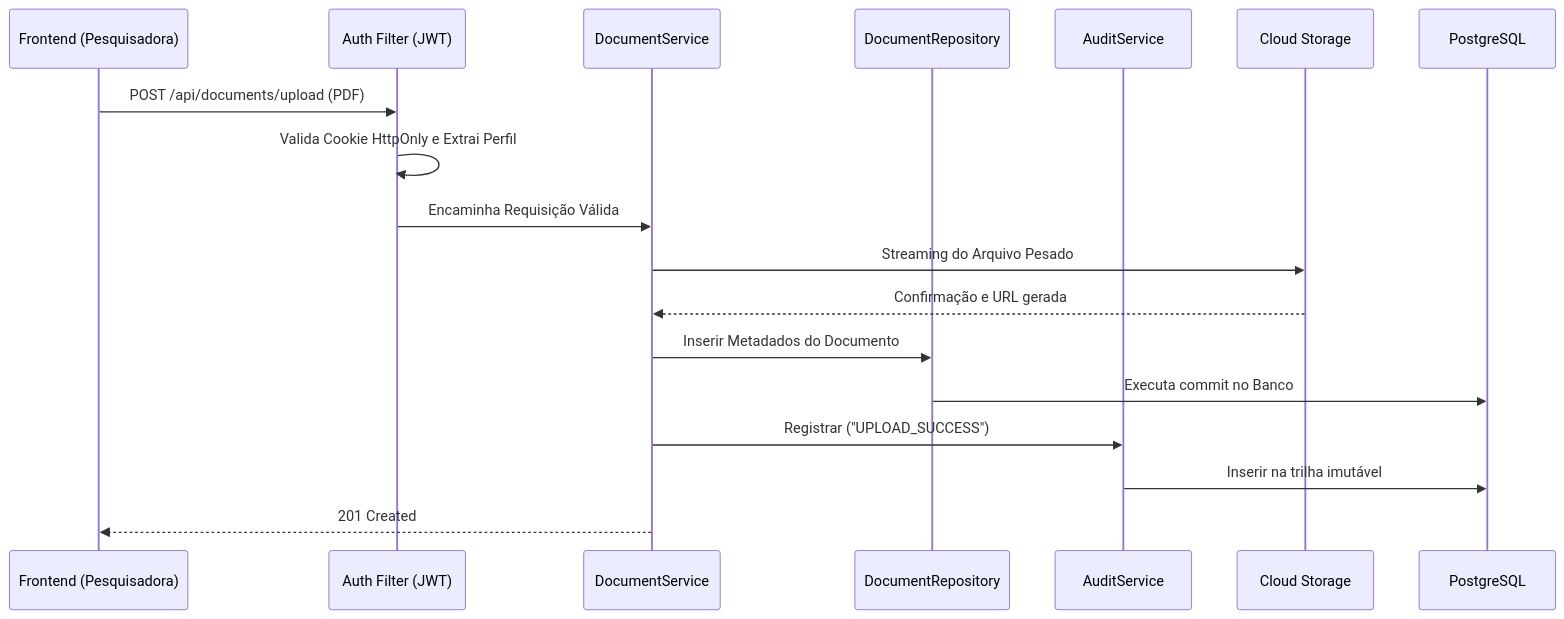
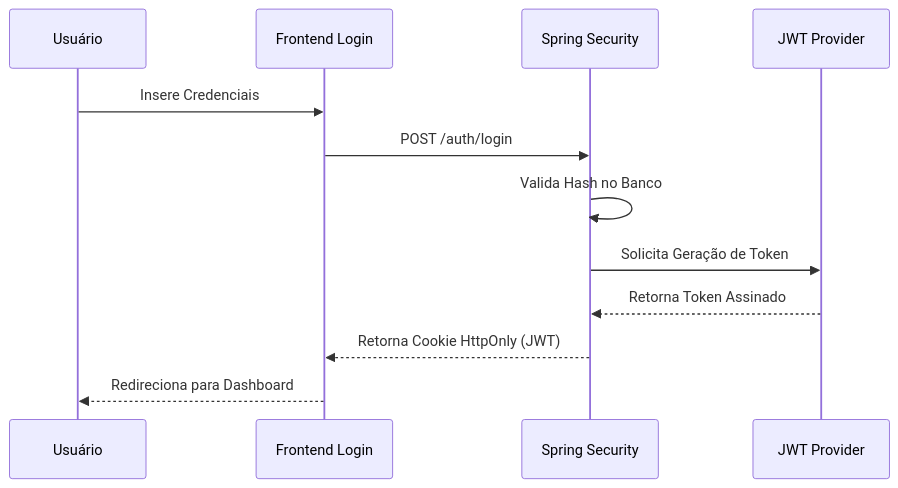
Before and after one commit to pedrohpsantos/EdTech: the first of 3 diagrams in docs/arquitetura/seguranca_app.md, drawn with Mermaid. The commit also changed other lines of this file and 11 other files, not shown here.

Commit message:
refactor: update project documentation with standardized Mermaid diagrams and improved CSS styling

````diff
--- a/docs/arquitetura/seguranca_app.md
+++ b/docs/arquitetura/seguranca_app.md
@@ -30,21 +30,15 @@
 ```mermaid
 sequenceDiagram
-    participant FE as Frontend (Pesquisadora)
-    participant Auth as Auth Filter (JWT)
-    participant S as DocumentService
-    participant R as DocumentRepository
-    participant Audit as AuditService
-    participant GCS as Cloud Storage
-    participant DB as PostgreSQL
+    participant U as Usuário
+    participant L as Frontend Login
+    participant S as Spring Security
+    participant J as JWT Provider
 
-    FE->>Auth: POST /api/documents/upload (PDF)
-    Auth->>Auth: Valida Cookie HttpOnly e Extrai Perfil
-    Auth->>S: Encaminha Requisição Válida
-    S->>GCS: Streaming do Arquivo Pesado
-    GCS-->>S: Confirmação e URL gerada
-    S->>R: Inserir Metadados do Documento
-    R->>DB: Executa commit no Banco
-    S->>Audit: Registrar ("UPLOAD_SUCCESS")
-    Audit->>DB: Inserir na trilha imutável
-    S-->>FE: 201 Created
+    U->>L: Insere Credenciais
+    L->>S: POST /auth/login
+    S->>S: Valida Hash no Banco
+    S->>J: Solicita Geração de Token
+    J-->>S: Retorna Token Assinado
+    S-->>L: Retorna Cookie HttpOnly (JWT)
+    L-->>U: Redireciona para Dashboard
 ```
````
